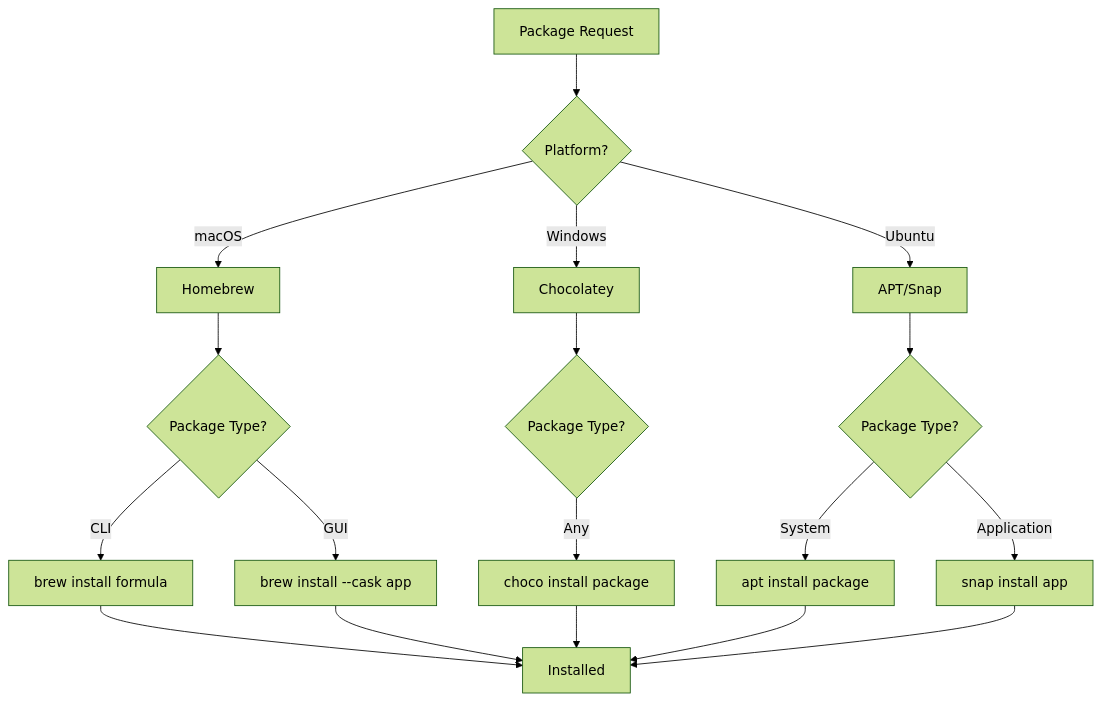
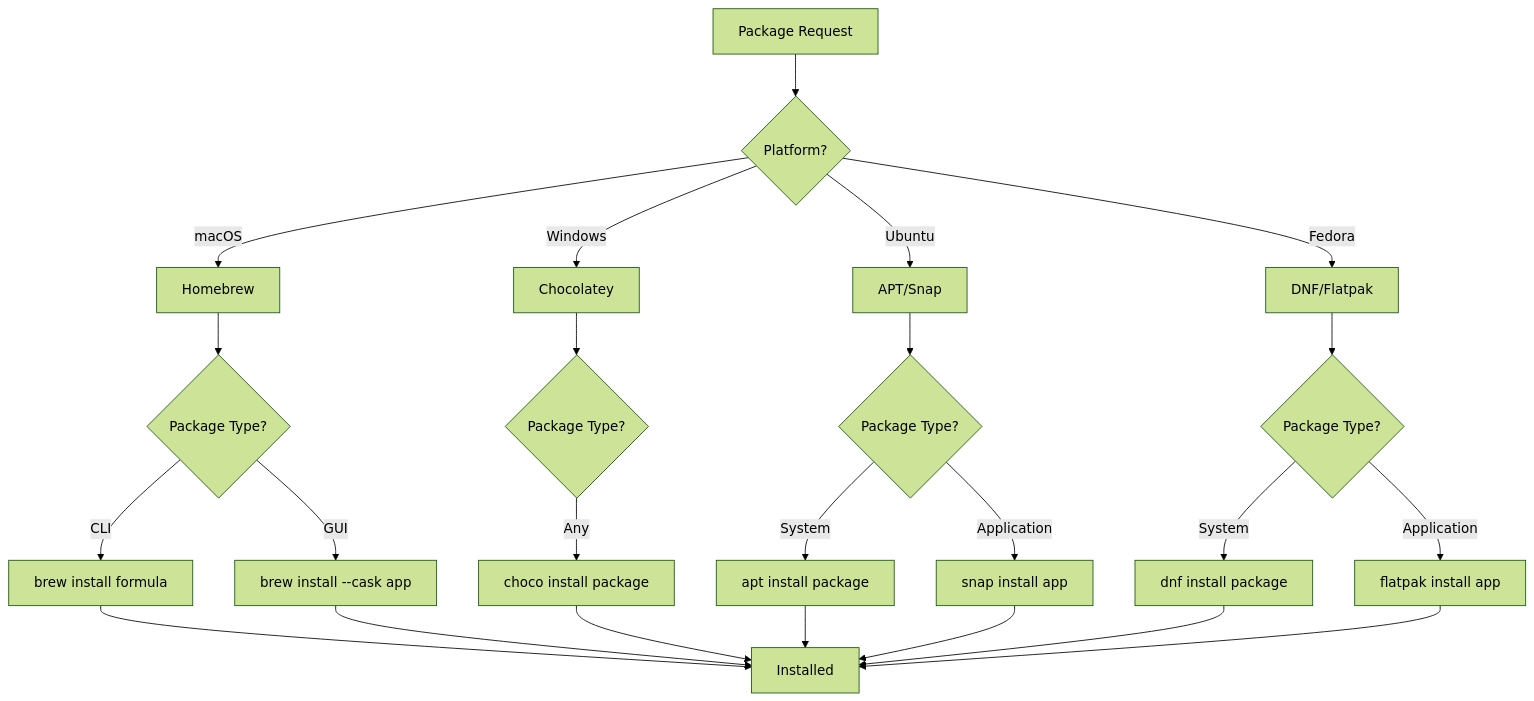
One commit to ryanspletzer/dev-machine-setup changed the seventh of 10 diagrams in docs/architecture.md. Above: the diagram before and after it, drawn with Mermaid (forest theme). The commit also changed other lines of this file and 20 other files, not shown here.

````diff
--- a/docs/architecture.md
+++ b/docs/architecture.md
@@ -212,25 +255,32 @@
 ```mermaid
 graph TD
     A[Package Request] --> B{Platform?}
     B -->|macOS| C[Homebrew]
     B -->|Windows| D[Chocolatey]
     B -->|Ubuntu| E[APT/Snap]
+    B -->|Fedora| E2[DNF/Flatpak]
 
     C --> F{Package Type?}
     D --> G{Package Type?}
     E --> H{Package Type?}
+    E2 --> H2{Package Type?}
 
     F -->|CLI| I[brew install formula]
     F -->|GUI| J[brew install --cask app]
 
     G -->|Any| K[choco install package]
 
     H -->|System| L[apt install package]
     H -->|Application| M[snap install app]
 
+    H2 -->|System| L2[dnf install package]
+    H2 -->|Application| M2[flatpak install app]
+
     I --> N[Installed]
     J --> N
     K --> N
     L --> N
     M --> N
+    L2 --> N
+    M2 --> N
 ```
````
